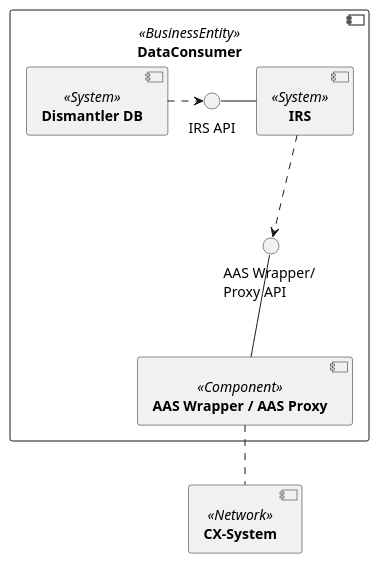
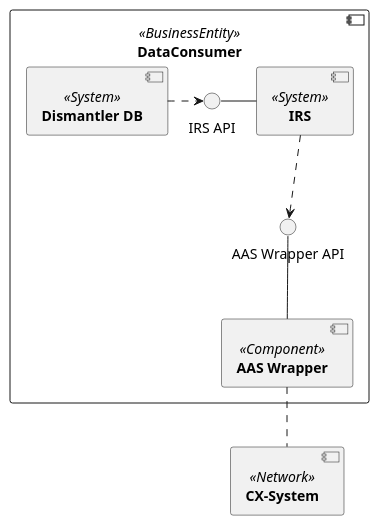
One commit to eclipse-tractusx/item-relationship-service changed the diagram in uml-diagramms/business-context.puml. Above: the diagram before and after it, drawn with PlantUML. The commit also changed 2 other files, not shown here.

```diff
--- a/uml-diagramms/business-context.puml
+++ b/uml-diagramms/business-context.puml
@@ -1,23 +1,23 @@
 @startuml 
 skinparam monochrome true
 skinparam shadowing false
 
 component [**DataConsumer**] <<BusinessEntity>> as DC {
 component [**Dismantler DB**] <<System>> as CE
 component [**IRS**] <<System>> as IRS   
-component [**AAS Wrapper / AAS Proxy**] <<Component>> as AASW
+component [**AAS Wrapper**] <<Component>> as AASW
 interface "IRS API" as IAPI
-interface "AAS Wrapper/ \nProxy API" as AASA
+interface "AAS Wrapper API" as AASA
 
 }
 
 component [**CX-System**] <<Network>> as CX
 
 CE .> IAPI
 IAPI - IRS
 IRS ..> AASA
 AASA -- AASW
 AASW .. CX
 
  
 @enduml
```
